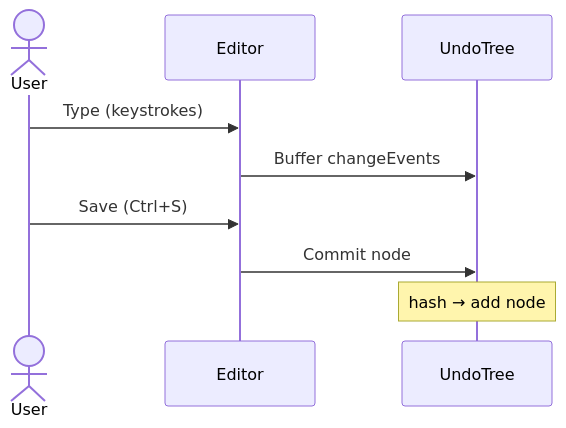
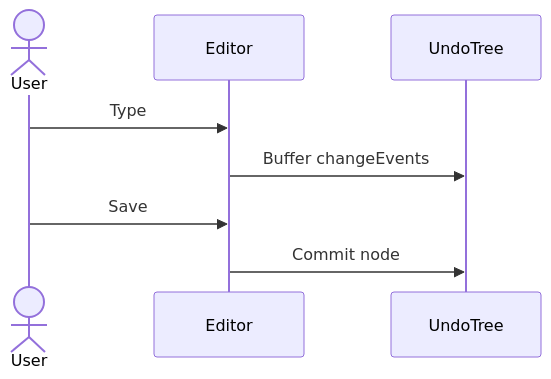
One commit to mmiyaji/vscode-undotree changed the fourth of 6 diagrams in README.md. Above: the diagram before and after it, drawn with Mermaid. The commit also changed other lines of this file and 10 other files, not shown here.

````diff
--- a/README.md
+++ b/README.md
@@ -125,12 +187,11 @@
 ```mermaid
 sequenceDiagram
   actor User
   participant Editor
   participant UndoTree
 
-  User->>Editor: Type (keystrokes)
+  User->>Editor: Type
   Editor->>UndoTree: Buffer changeEvents
-  User->>Editor: Save (Ctrl+S)
+  User->>Editor: Save
   Editor->>UndoTree: Commit node
-  Note over UndoTree: hash → add node
 ```
````
